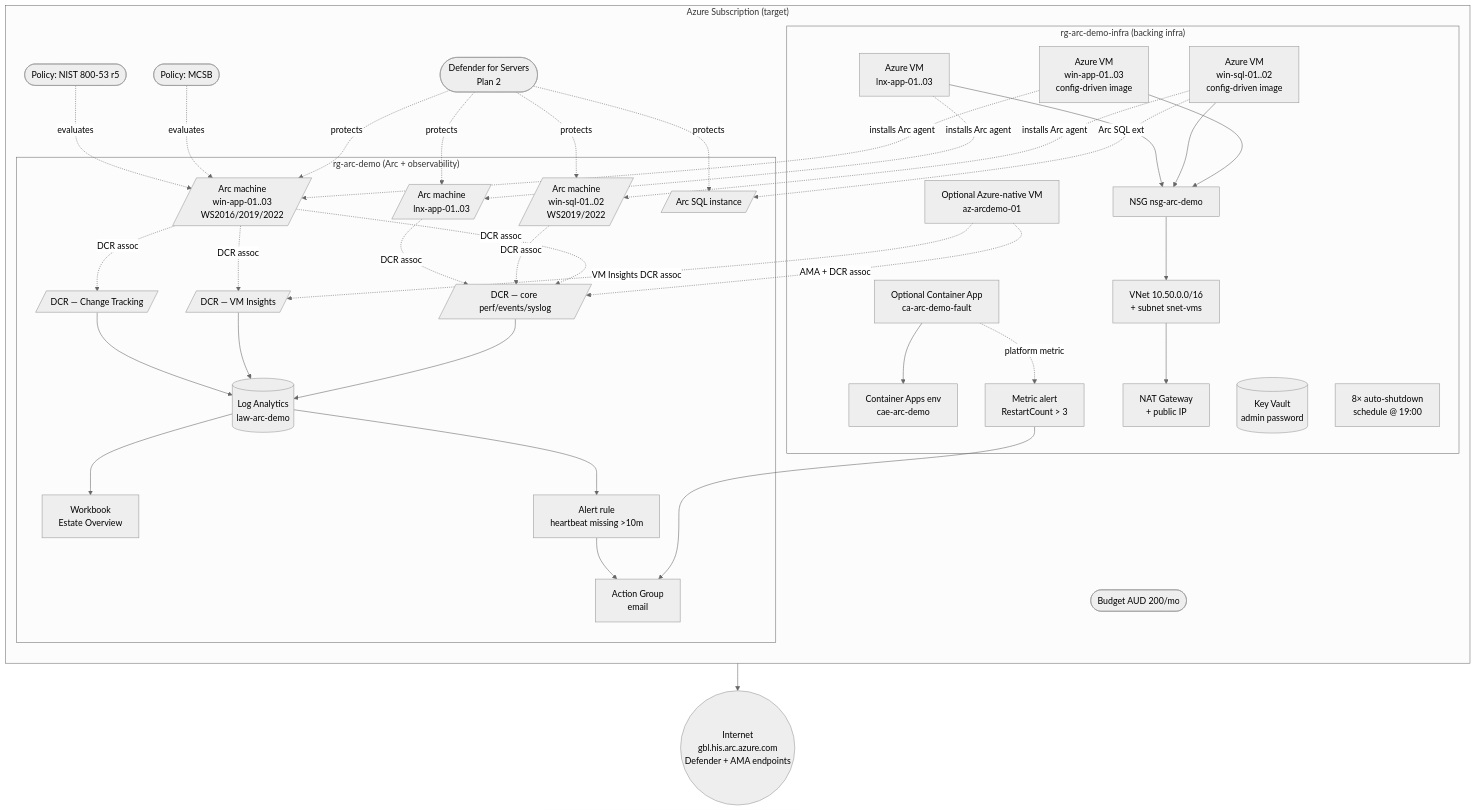
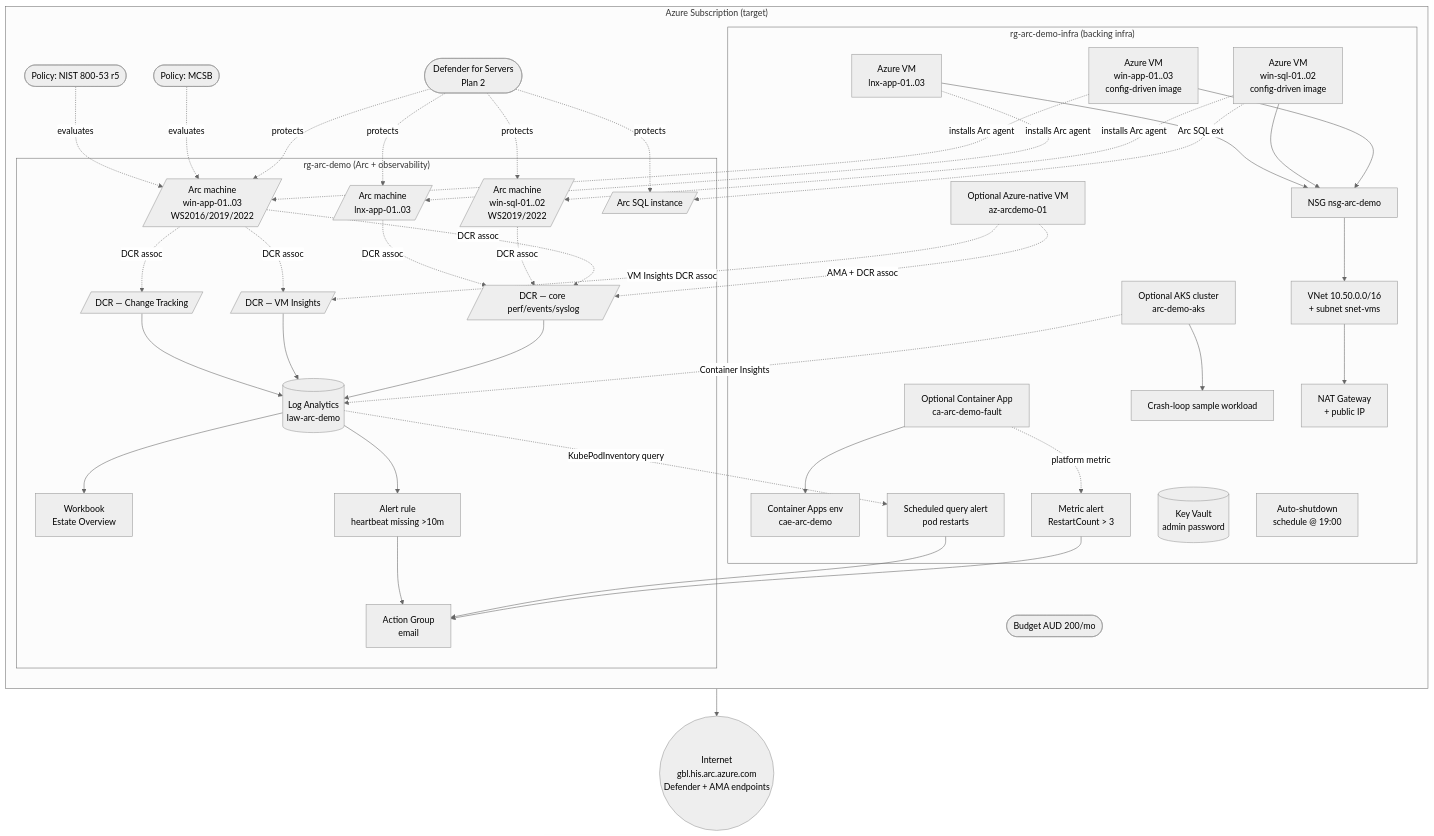
The diagram in docs/architecture.md (corey-skapin/arc-demo), drawn with Mermaid (neutral theme) before and after one commit. The commit also changed other lines of this file and 3 other files, not shown here.

First line of the commit message:
docs: update arc demo runsheet

```diff
--- a/docs/architecture.md
+++ b/docs/architecture.md
@@ -35,7 +35,10 @@
             CA[Optional Container App<br/>ca-arc-demo-fault]
             CAE[Container Apps env<br/>cae-arc-demo]
             CAR[Metric alert<br/>RestartCount > 3]
-            SCHED[8× auto-shutdown<br/>schedule @ 19:00]
+            AKS[Optional AKS cluster<br/>arc-demo-aks]
+            AKSW[Crash-loop sample workload]
+            AKSA[Scheduled query alert<br/>pod restarts]
+            SCHED[Auto-shutdown<br/>schedule @ 19:00]
         end
 
         DEFENDER([Defender for Servers<br/>Plan 2])
@@ -62,6 +65,10 @@
     CA --> CAE
     CA -. platform metric .-> CAR
     CAR --> AG
+    AKS --> AKSW
+    AKS -. Container Insights .-> LAW
+    LAW -. KubePodInventory query .-> AKSA
+    AKSA --> AG
 
     DCR1 --> LAW
     DCR2 --> LAW
```
